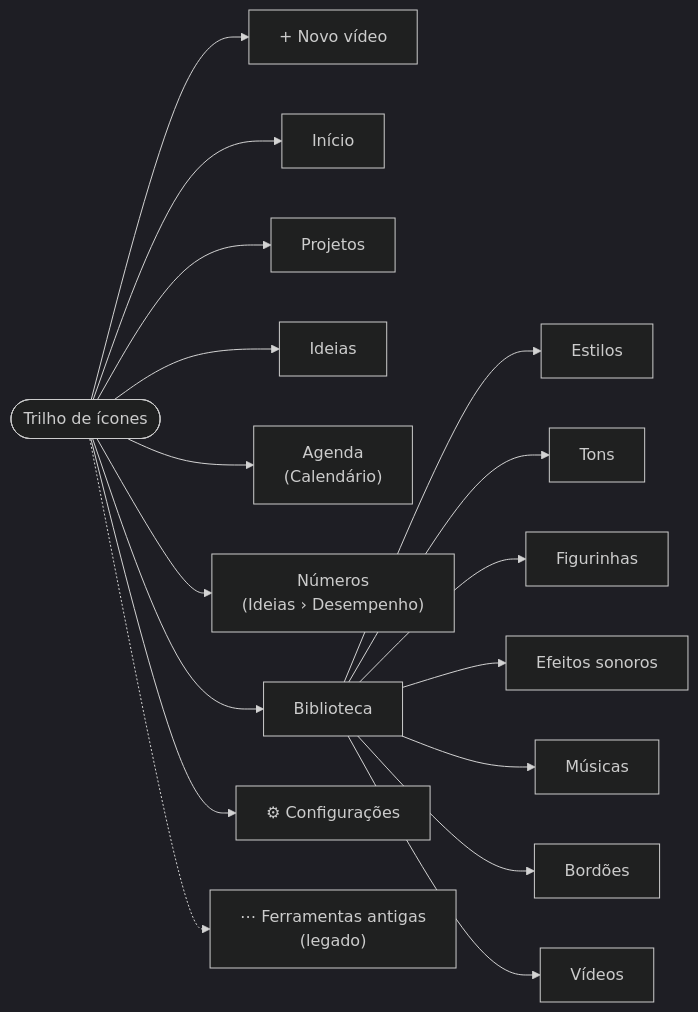
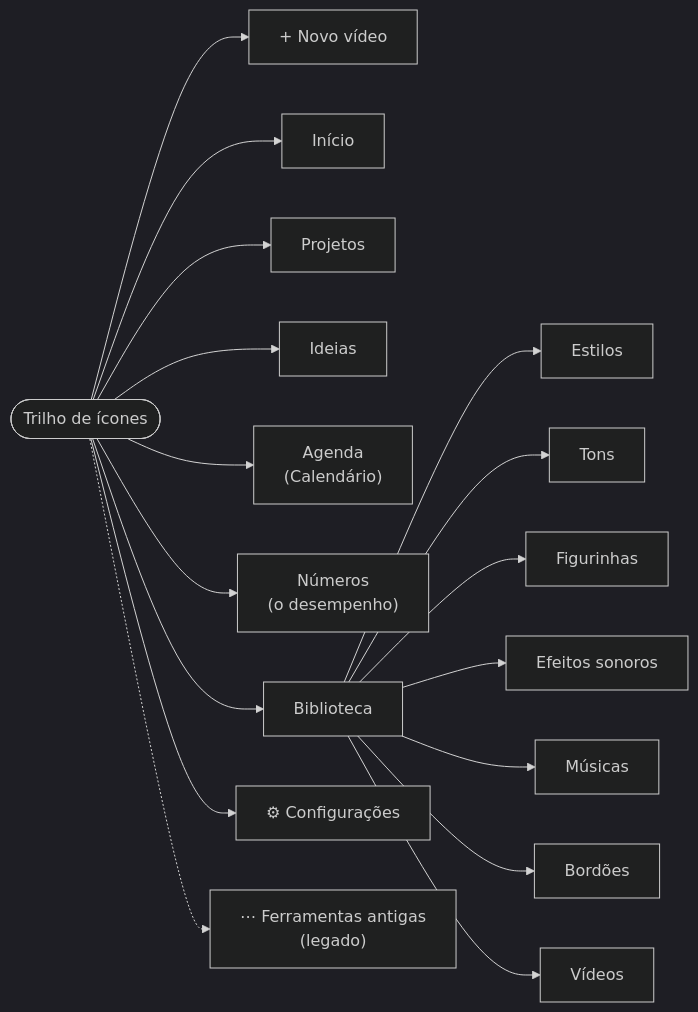
Before and after one commit to Edugiyuu/InstaSearch: the diagram in docs/diagramas/03-outras-telas.mmd, drawn with Mermaid (dark theme). The commit also changed 10 other files, not shown here.

First line of the commit message:
feat: Números, o desempenho em tela própria (ADR 0038)

```diff
--- a/docs/diagramas/03-outras-telas.mmd
+++ b/docs/diagramas/03-outras-telas.mmd
@@ -1,11 +1,11 @@
 flowchart LR
     MENU(["Trilho de ícones"]) --> NOVO["+ Novo vídeo"]
     MENU --> HOME["Início"]
     MENU --> PROJ["Projetos"]
     MENU --> IDEIAS["Ideias"]
     MENU --> CAL["Agenda<br/>(Calendário)"]
-    MENU --> NUM["Números<br/>(Ideias › Desempenho)"]
+    MENU --> NUM["Números<br/>(o desempenho)"]
     MENU --> BIB["Biblioteca"]
     MENU --> CFG["⚙ Configurações"]
     MENU -.-> OLD["⋯ Ferramentas antigas<br/>(legado)"]
     BIB --> EST["Estilos"] & B7["Tons"] & B3["Figurinhas"] & B4["Efeitos sonoros"] & B5["Músicas"] & B6["Bordões"] & B2["Vídeos"]
```
